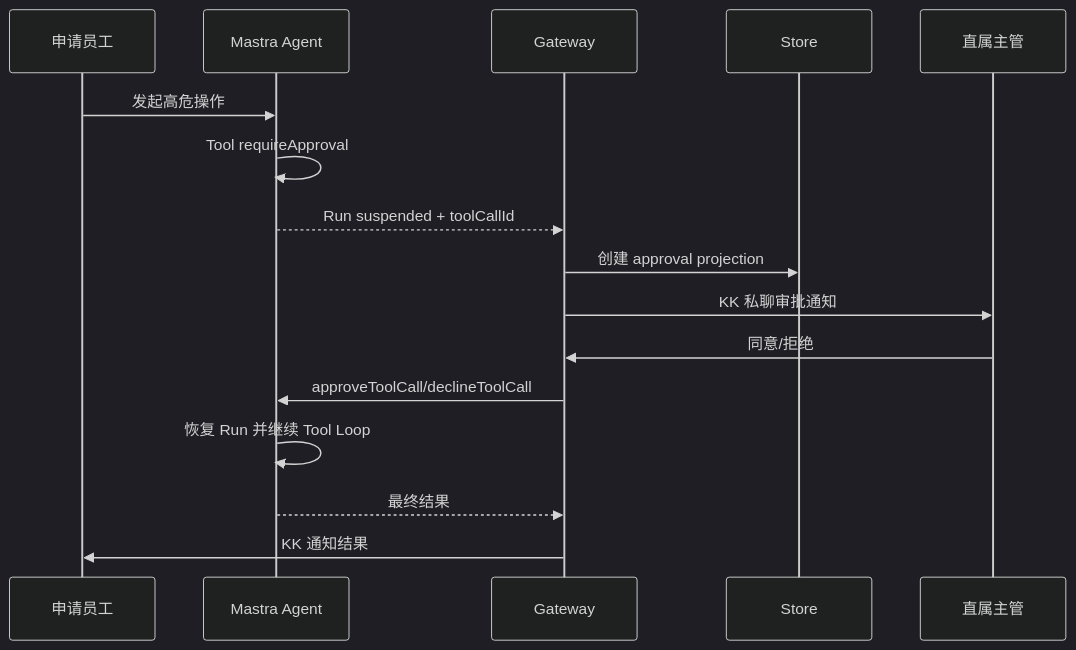
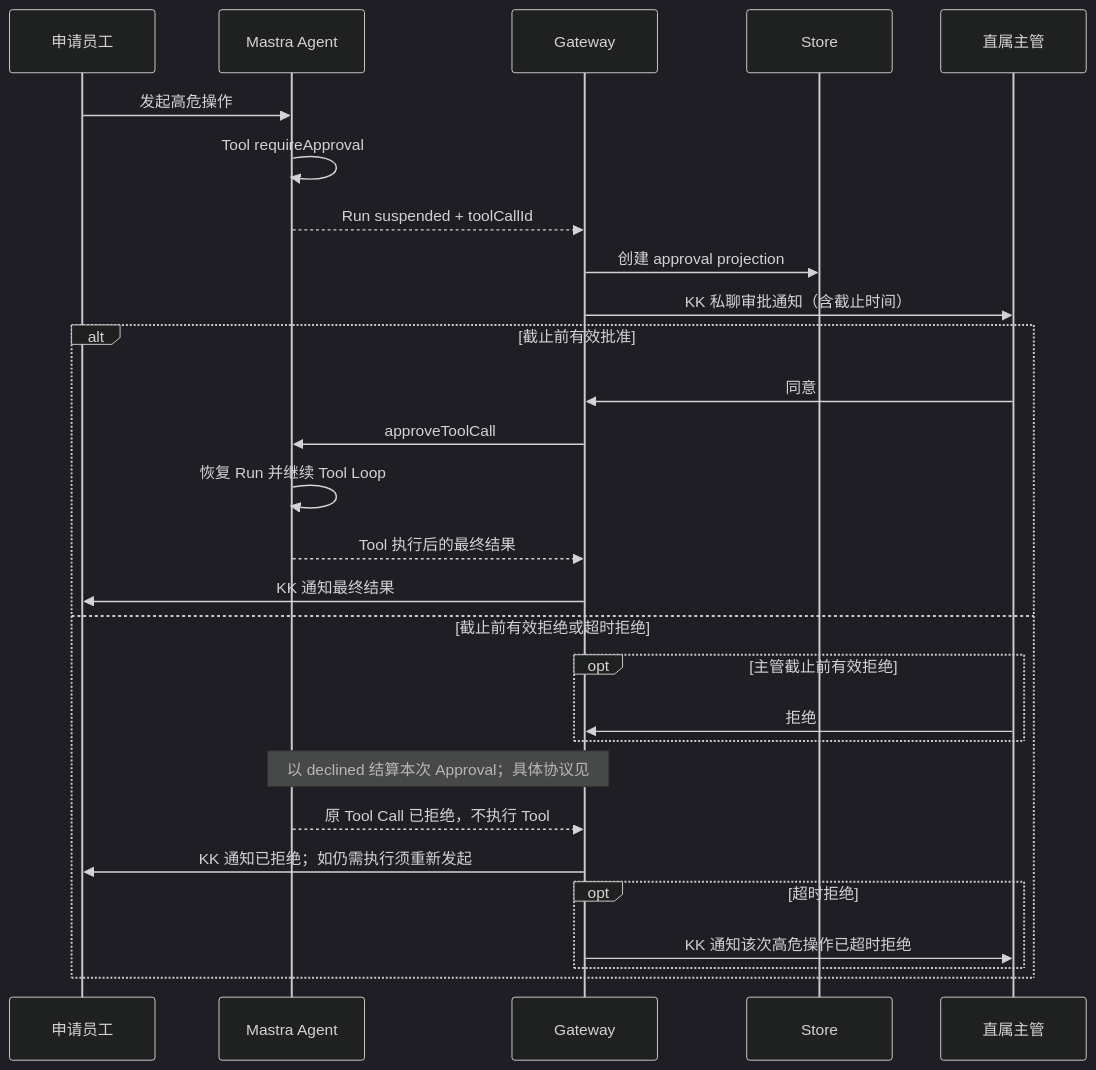
Before and after one commit to dnslin/kairo: the third of 3 diagrams in docs/KKBot-Mastra-Native-Refactor-Spec.md, drawn with Mermaid (dark theme). The commit also changed other lines of this file, not shown here.

````diff
--- a/docs/KKBot-Mastra-Native-Refactor-Spec.md
+++ b/docs/KKBot-Mastra-Native-Refactor-Spec.md
@@ -1686,19 +1704,31 @@
 ```mermaid
 sequenceDiagram
     participant U as 申请员工
     participant A as Mastra Agent
     participant G as Gateway
     participant S as Store
     participant L as 直属主管
 
     U->>A: 发起高危操作
     A->>A: Tool requireApproval
     A-->>G: Run suspended + toolCallId
     G->>S: 创建 approval projection
-    G->>L: KK 私聊审批通知
-    L->>G: 同意/拒绝
-    G->>A: approveToolCall/declineToolCall
-    A->>A: 恢复 Run 并继续 Tool Loop
-    A-->>G: 最终结果
-    G->>U: KK 通知结果
+    G->>L: KK 私聊审批通知（含截止时间）
+    alt 截止前有效批准
+        L->>G: 同意
+        G->>A: approveToolCall
+        A->>A: 恢复 Run 并继续 Tool Loop
+        A-->>G: Tool 执行后的最终结果
+        G->>U: KK 通知最终结果
+    else 截止前有效拒绝或超时拒绝
+        opt 主管截止前有效拒绝
+            L->>G: 拒绝
+        end
+        Note over G,A: 以 declined 结算本次 Approval；具体协议见 #126
+        A-->>G: 原 Tool Call 已拒绝，不执行 Tool
+        G->>U: KK 通知已拒绝；如仍需执行须重新发起
+        opt 超时拒绝
+            G->>L: KK 通知该次高危操作已超时拒绝
+        end
+    end
 ```
````
